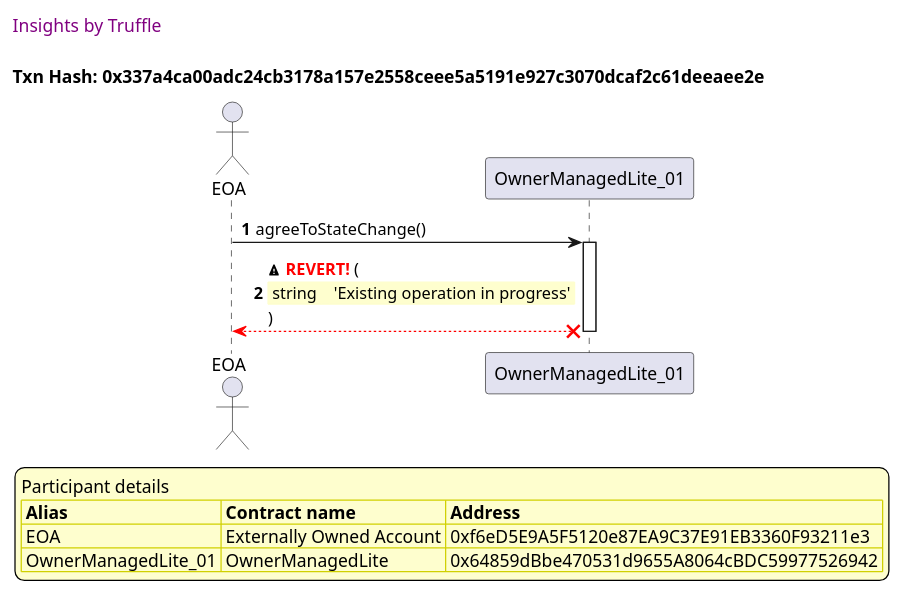
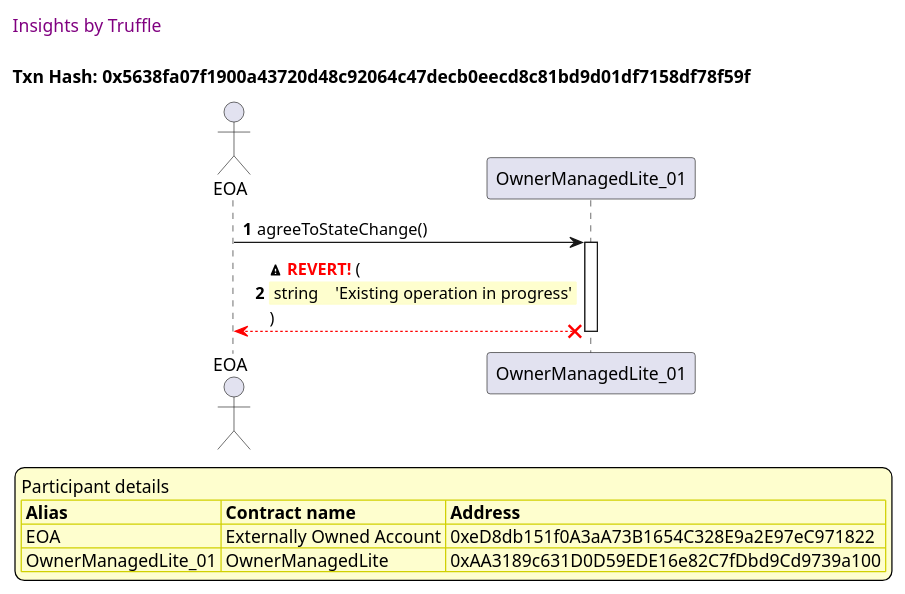
Before and after one commit to thedarkjester/ConsensysAssignment: the ninth of 15 diagrams in truffle-seq/OwnerManagedLite_test_agree_to_state_change.md, drawn with PlantUML. The commit also changed other lines of this file and 13 other files, not shown here.

````diff
--- a/truffle-seq/OwnerManagedLite_test_agree_to_state_change.md
+++ b/truffle-seq/OwnerManagedLite_test_agree_to_state_change.md
@@ -385,40 +385,40 @@
 ```plantuml
 
 
 @startuml
 
 autonumber
 skinparam legendBackgroundColor #FEFECE
 
 <style>
       header {
         HorizontalAlignment left
         FontColor purple
         FontSize 14
         Padding 10
       }
     </style>
 
 header Insights by Truffle
 
-title Txn Hash: 0x337a4ca00adc24cb3178a157e2558ceee5a5191e927c3070dcaf2c61deeaee2e
+title Txn Hash: 0x5638fa07f1900a43720d48c92064c47decb0eecd8c81bd9d01df7158df78f59f
 
 
 actor EOA as "EOA"
 participant OwnerManagedLite_01 as "OwnerManagedLite_01"
 
 "EOA" -> "OwnerManagedLite_01" ++: agreeToStateChange()
 "OwnerManagedLite_01" x-[#red]-> "EOA" --: <&warning> <color #red>**REVERT!**</color> (\n\
 <#FEFECE,#FEFECE>| string |  | 'Existing operation in progress' |\n\
 )
 deactivate "OwnerManagedLite_01"
 
 legend
 Participant details
 <#FEFECE,#D0D000>|= Alias |= Contract name |= Address |
-<#FEFECE>| EOA | Externally Owned Account | 0xf6eD5E9A5F5120e87EA9C37E91EB3360F93211e3 |
-<#FEFECE>| OwnerManagedLite_01 | OwnerManagedLite | 0x64859dBbe470531d9655A8064cBDC59977526942 |
+<#FEFECE>| EOA | Externally Owned Account | 0xeD8db151f0A3aA73B1654C328E9a2E97eC971822 |
+<#FEFECE>| OwnerManagedLite_01 | OwnerManagedLite | 0xAA3189c631D0D59EDE16e82C7fDbd9Cd9739a100 |
 endlegend
 
 @enduml
 ```
````
